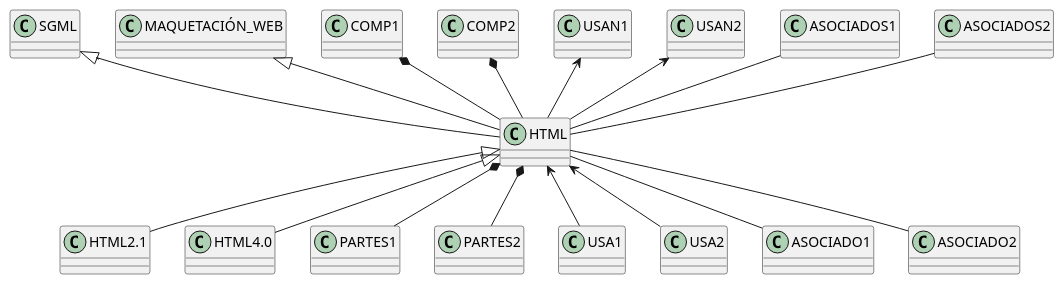
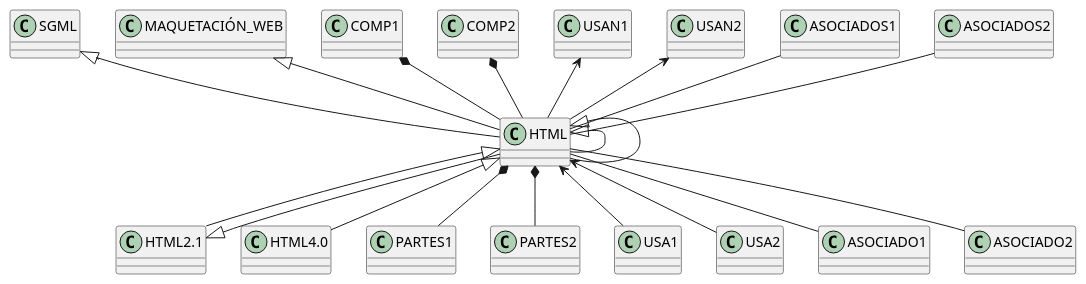
The diagram in relman/images/contextHTML.plantuml (CodeURJC-DAW-2018-19/santatecla-relaciones-2), drawn with PlantUML before and after one commit. The commit also changed 24 other files, not shown here.

First line of the commit message:
Fix Añadir relaciones (Unidades) + Fix bucle infinito UML

```diff
--- a/relman/images/contextHTML.plantuml
+++ b/relman/images/contextHTML.plantuml
@@ -1,19 +1,22 @@
 @startuml 
  set namespaceSeparator none
 SGML <|-- HTML
 MAQUETACIÓN_WEB <|-- HTML
+HTML <|-- HTML
+HTML2.1 <|-- HTML
 COMP1 *-- HTML
 COMP2 *-- HTML
 USAN1 <-- HTML
 USAN2 <-- HTML
 ASOCIADOS1 -- HTML
 ASOCIADOS2 -- HTML
 HTML <|-- HTML2.1
 HTML <|-- HTML4.0
+HTML <|-- HTML
 HTML *-- PARTES1
 HTML *-- PARTES2
 HTML <-- USA1
 HTML <-- USA2
 HTML -- ASOCIADO1
 HTML -- ASOCIADO2
 @enduml
```
